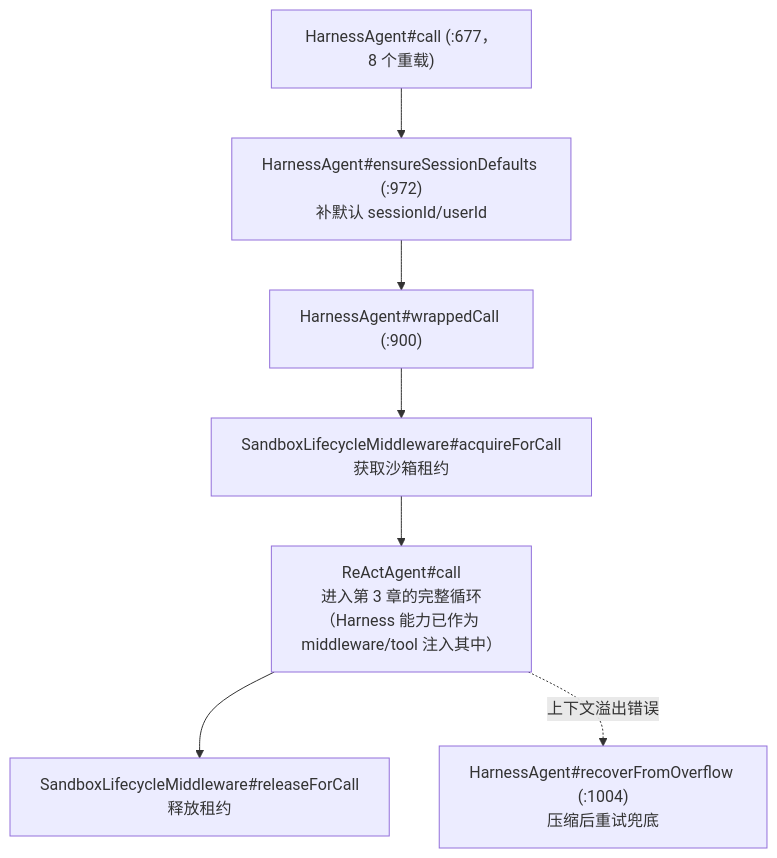
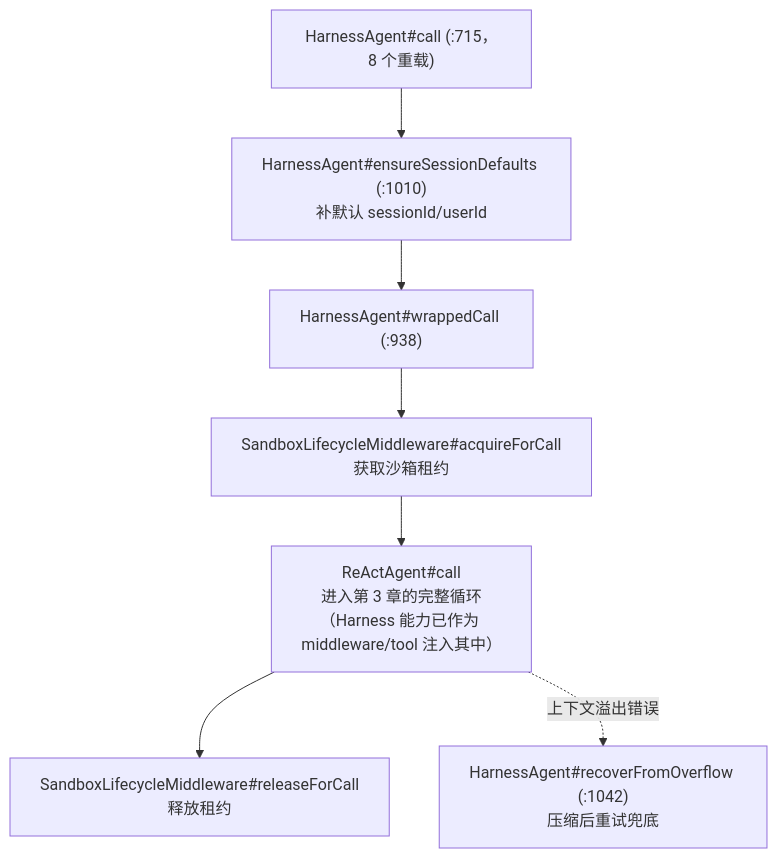
Before and after one commit to liulangjietou/AgentScope-source-analysis: the first of 2 diagrams in 07-Harness工程化外壳.md, drawn with Mermaid. The commit also changed other lines of this file and 9 other files, not shown here.

````diff
--- a/07-Harness工程化外壳.md
+++ b/07-Harness工程化外壳.md
@@ -10,9 +10,9 @@
 ```mermaid
 flowchart TB
-    HC["HarnessAgent#call (:677，8 个重载)"] --> ESD["HarnessAgent#ensureSessionDefaults (:972)<br/>补默认 sessionId/userId"]
-    ESD --> WC["HarnessAgent#wrappedCall (:900)"]
+    HC["HarnessAgent#call (:715，8 个重载)"] --> ESD["HarnessAgent#ensureSessionDefaults (:1010)<br/>补默认 sessionId/userId"]
+    ESD --> WC["HarnessAgent#wrappedCall (:938)"]
     WC --> ACQ["SandboxLifecycleMiddleware#acquireForCall<br/>获取沙箱租约"]
     ACQ --> DEL["ReActAgent#call<br/>进入第 3 章的完整循环<br/>（Harness 能力已作为 middleware/tool 注入其中）"]
     DEL --> REL["SandboxLifecycleMiddleware#releaseForCall<br/>释放租约"]
-    DEL -.->|"上下文溢出错误"| REC["HarnessAgent#recoverFromOverflow (:1004)<br/>压缩后重试兜底"]
+    DEL -.->|"上下文溢出错误"| REC["HarnessAgent#recoverFromOverflow (:1042)<br/>压缩后重试兜底"]
 ```
````
